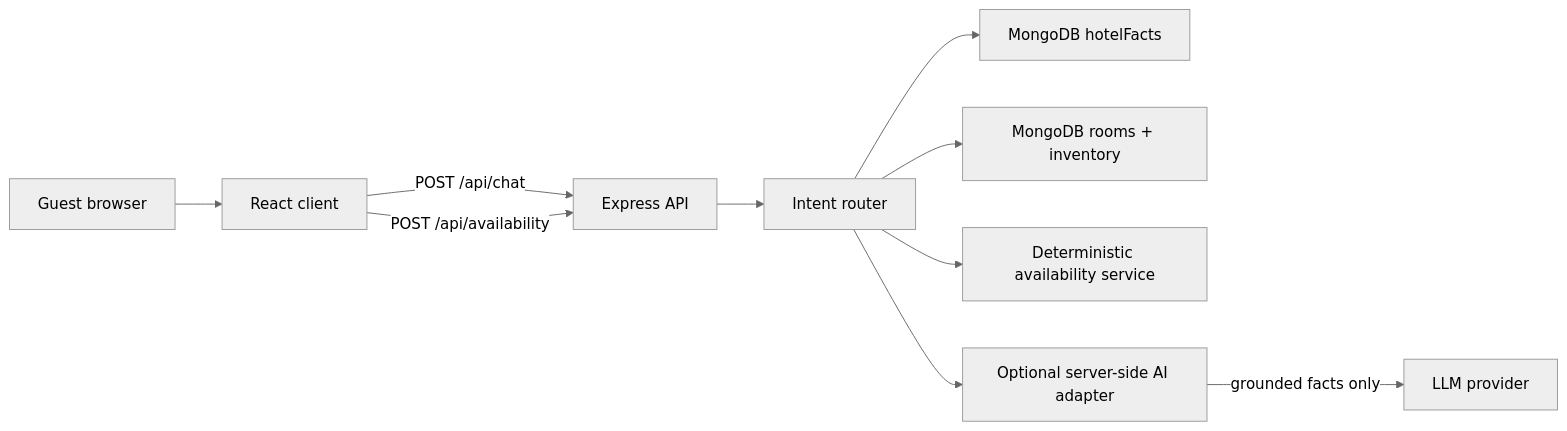
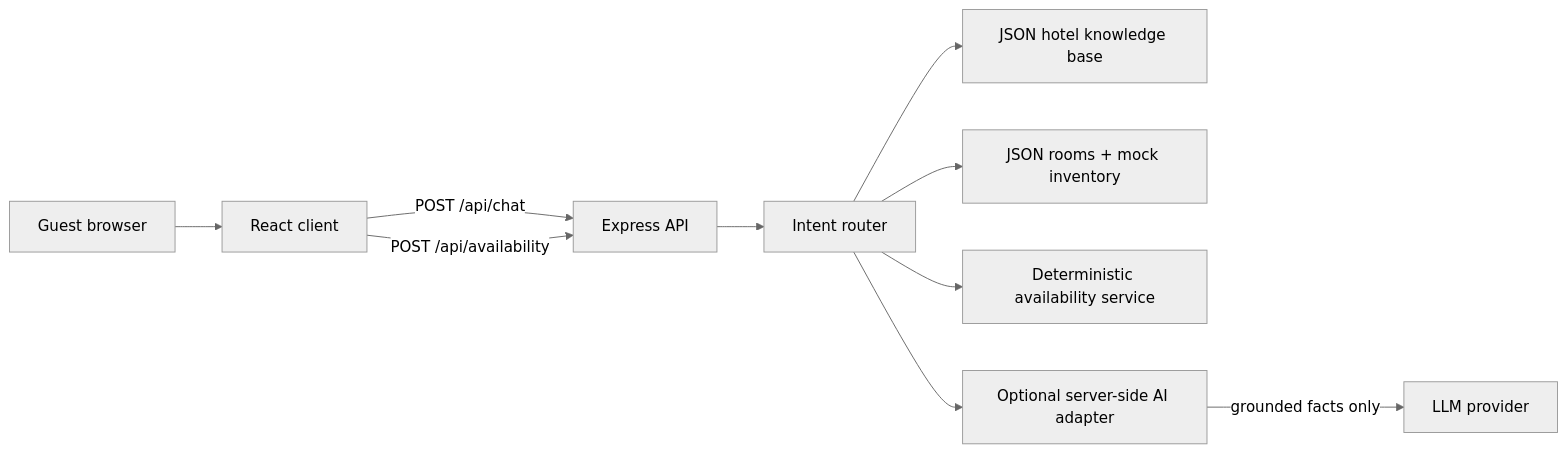
The diagram in ARCHITECTURE.md (thesujith23/hotel-guest-assistant), drawn with Mermaid (neutral theme) before and after one commit. The commit also changed 14 other files, not shown here.

Commit message:
Use JSON knowledge base instead of MongoDB

````diff
--- a/ARCHITECTURE.md
+++ b/ARCHITECTURE.md
@@ -3,12 +3,12 @@
 ```mermaid
 flowchart LR
   Guest[Guest browser] --> React[React client]
   React -->|POST /api/chat| Express[Express API]
   React -->|POST /api/availability| Express
   Express --> Router[Intent router]
-  Router --> Facts[MongoDB hotelFacts]
-  Router --> Rooms[MongoDB rooms + inventory]
+  Router --> Facts[JSON hotel knowledge base]
+  Router --> Rooms[JSON rooms + mock inventory]
   Router --> Availability[Deterministic availability service]
   Router --> AI[Optional server-side AI adapter]
   AI -->|grounded facts only| Provider[LLM provider]
 ```
````
